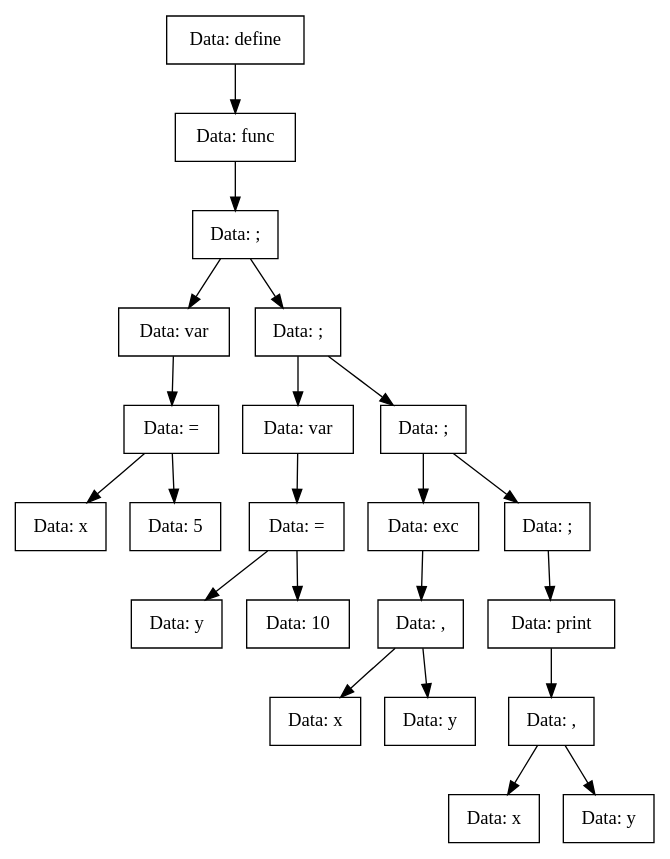
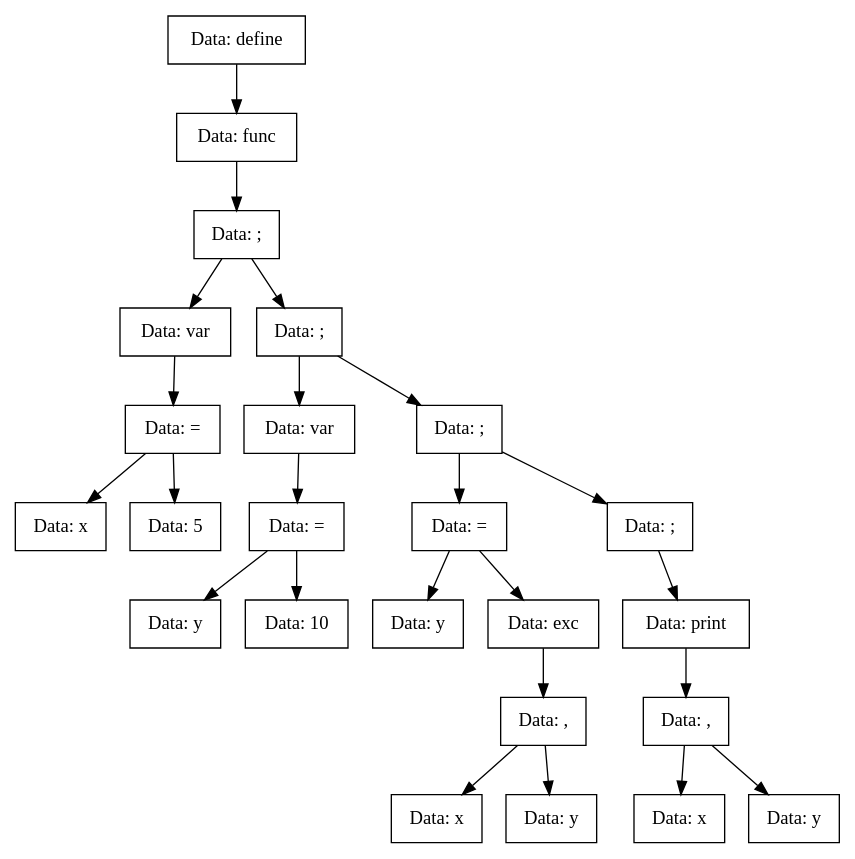
The diagram in TreeDump/func-utf8.dot (vorontsov-amd/Compiller), drawn with Graphviz before and after one commit. The commit also changed 28 other files, not shown here.

```diff
--- a/TreeDump/func-utf8.dot
+++ b/TreeDump/func-utf8.dot
@@ -1,45 +1,49 @@
 digraph func{
-Node0x55b8aed017a0[shape="record", label="Data: define"];
-Node0x55b8aed01840[shape="record", label="Data: func"];
-Node0x55b8aed017f0[shape="record", label="Data: ;"];
-Node0x55b8aed015c0[shape="record", label="Data: var"];
-Node0x55b8aed01610[shape="record", label="Data: ="];
-Node0x55b8aed016b0[shape="record", label="Data: x"];
-Node0x55b8aed01610->Node0x55b8aed016b0;
-Node0x55b8aed01660[shape="record", label="Data: 5"];
-Node0x55b8aed01610->Node0x55b8aed01660;
-Node0x55b8aed015c0->Node0x55b8aed01610;
-Node0x55b8aed017f0->Node0x55b8aed015c0;
-Node0x55b8aed014d0[shape="record", label="Data: ;"];
-Node0x55b8aed01ac0[shape="record", label="Data: var"];
-Node0x55b8aed01a70[shape="record", label="Data: ="];
-Node0x55b8aed01a20[shape="record", label="Data: y"];
-Node0x55b8aed01a70->Node0x55b8aed01a20;
-Node0x55b8aed01890[shape="record", label="Data: 10"];
-Node0x55b8aed01a70->Node0x55b8aed01890;
-Node0x55b8aed01ac0->Node0x55b8aed01a70;
-Node0x55b8aed014d0->Node0x55b8aed01ac0;
-Node0x55b8aed01700[shape="record", label="Data: ;"];
-Node0x55b8aed01570[shape="record", label="Data: exc"];
-Node0x55b8aed01520[shape="record", label="Data: ,"];
-Node0x55b8aed01b60[shape="record", label="Data: x"];
-Node0x55b8aed01520->Node0x55b8aed01b60;
-Node0x55b8aed01750[shape="record", label="Data: y"];
-Node0x55b8aed01520->Node0x55b8aed01750;
-Node0x55b8aed01570->Node0x55b8aed01520;
-Node0x55b8aed01700->Node0x55b8aed01570;
-Node0x55b8aed01980[shape="record", label="Data: ;"];
-Node0x55b8aed019d0[shape="record", label="Data: print"];
-Node0x55b8aed01930[shape="record", label="Data: ,"];
-Node0x55b8aed018e0[shape="record", label="Data: x"];
-Node0x55b8aed01930->Node0x55b8aed018e0;
-Node0x55b8aed01b10[shape="record", label="Data: y"];
-Node0x55b8aed01930->Node0x55b8aed01b10;
-Node0x55b8aed019d0->Node0x55b8aed01930;
-Node0x55b8aed01980->Node0x55b8aed019d0;
-Node0x55b8aed01700->Node0x55b8aed01980;
-Node0x55b8aed014d0->Node0x55b8aed01700;
-Node0x55b8aed017f0->Node0x55b8aed014d0;
-Node0x55b8aed01840->Node0x55b8aed017f0;
-Node0x55b8aed017a0->Node0x55b8aed01840;
+Node0x5641e3ba1ac0[shape="record", label="Data: define"];
+Node0x5641e3ba1b60[shape="record", label="Data: func"];
+Node0x5641e3ba1b10[shape="record", label="Data: ;"];
+Node0x5641e3ba18e0[shape="record", label="Data: var"];
+Node0x5641e3ba1930[shape="record", label="Data: ="];
+Node0x5641e3ba19d0[shape="record", label="Data: x"];
+Node0x5641e3ba1930->Node0x5641e3ba19d0;
+Node0x5641e3ba1980[shape="record", label="Data: 5"];
+Node0x5641e3ba1930->Node0x5641e3ba1980;
+Node0x5641e3ba18e0->Node0x5641e3ba1930;
+Node0x5641e3ba1b10->Node0x5641e3ba18e0;
+Node0x5641e3ba17f0[shape="record", label="Data: ;"];
+Node0x5641e3ba1e80[shape="record", label="Data: var"];
+Node0x5641e3ba1e30[shape="record", label="Data: ="];
+Node0x5641e3ba1de0[shape="record", label="Data: y"];
+Node0x5641e3ba1e30->Node0x5641e3ba1de0;
+Node0x5641e3ba1bb0[shape="record", label="Data: 10"];
+Node0x5641e3ba1e30->Node0x5641e3ba1bb0;
+Node0x5641e3ba1e80->Node0x5641e3ba1e30;
+Node0x5641e3ba17f0->Node0x5641e3ba1e80;
+Node0x5641e3ba1a20[shape="record", label="Data: ;"];
+Node0x5641e3ba1890[shape="record", label="Data: ="];
+Node0x5641e3ba1840[shape="record", label="Data: y"];
+Node0x5641e3ba1890->Node0x5641e3ba1840;
+Node0x5641e3ba1f20[shape="record", label="Data: exc"];
+Node0x5641e3ba1c50[shape="record", label="Data: ,"];
+Node0x5641e3ba1d40[shape="record", label="Data: x"];
+Node0x5641e3ba1c50->Node0x5641e3ba1d40;
+Node0x5641e3ba1d90[shape="record", label="Data: y"];
+Node0x5641e3ba1c50->Node0x5641e3ba1d90;
+Node0x5641e3ba1f20->Node0x5641e3ba1c50;
+Node0x5641e3ba1890->Node0x5641e3ba1f20;
+Node0x5641e3ba1a20->Node0x5641e3ba1890;
+Node0x5641e3ba1cf0[shape="record", label="Data: ;"];
+Node0x5641e3ba1ca0[shape="record", label="Data: print"];
+Node0x5641e3ba1c00[shape="record", label="Data: ,"];
+Node0x5641e3ba1ed0[shape="record", label="Data: x"];
+Node0x5641e3ba1c00->Node0x5641e3ba1ed0;
+Node0x5641e3ba1a70[shape="record", label="Data: y"];
+Node0x5641e3ba1c00->Node0x5641e3ba1a70;
+Node0x5641e3ba1ca0->Node0x5641e3ba1c00;
+Node0x5641e3ba1cf0->Node0x5641e3ba1ca0;
+Node0x5641e3ba1a20->Node0x5641e3ba1cf0;
+Node0x5641e3ba17f0->Node0x5641e3ba1a20;
+Node0x5641e3ba1b10->Node0x5641e3ba17f0;
+Node0x5641e3ba1b60->Node0x5641e3ba1b10;
+Node0x5641e3ba1ac0->Node0x5641e3ba1b60;
 }
```
